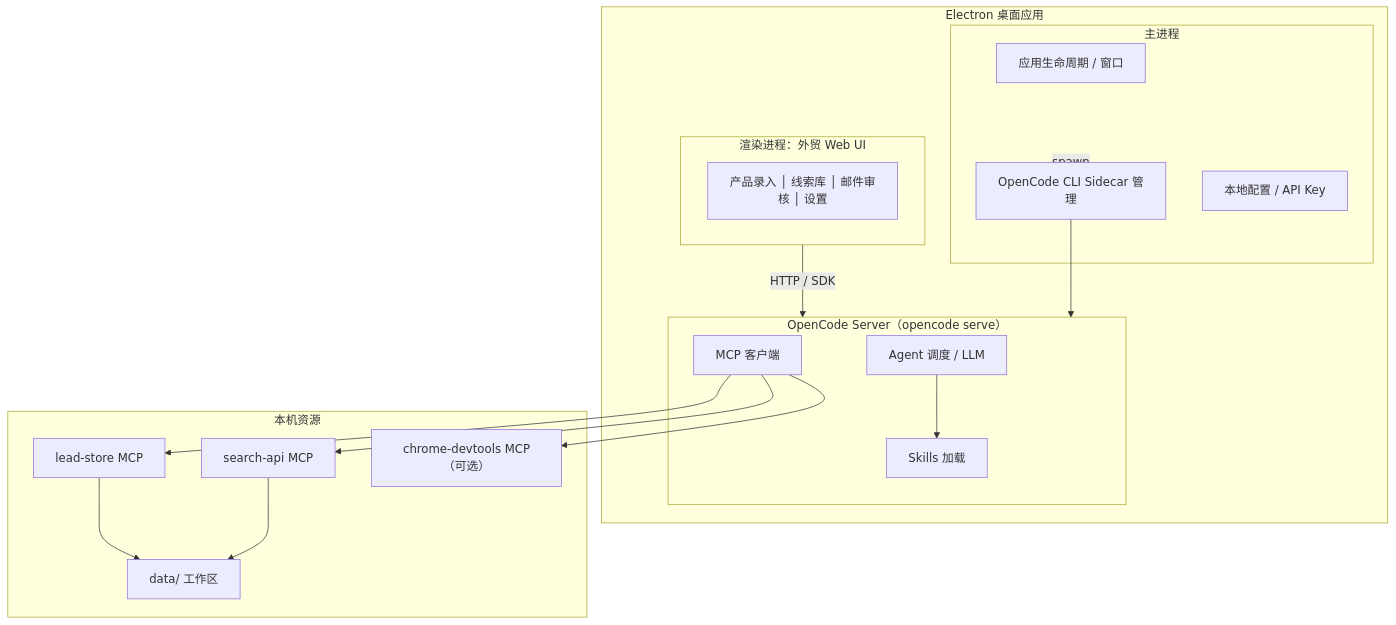
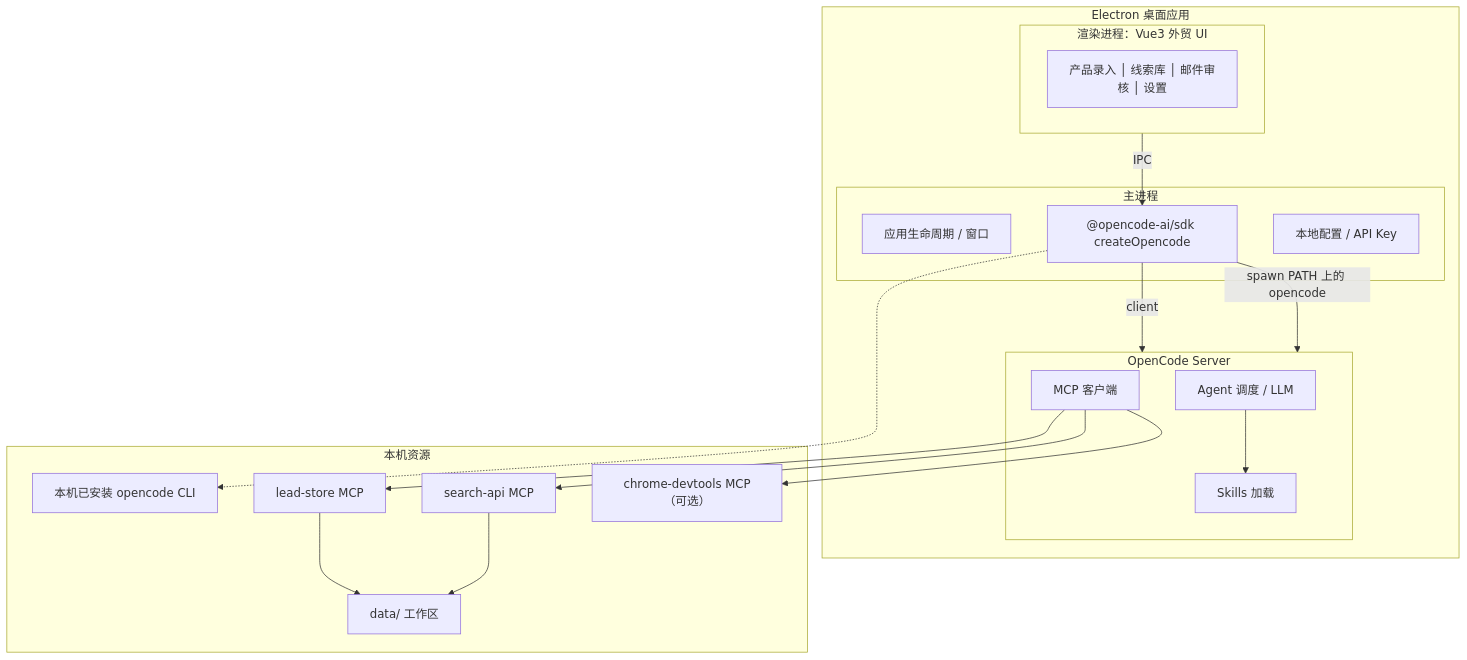
The diagram in docs/08-产品架构决策-Electron-OpenCode.md (Pedro-MAFS/ftcs), drawn with Mermaid before and after one commit. The commit also changed other lines of this file and 38 other files, not shown here.

First line of the commit message:
Phase 2.0：Electron + Vue3 + OpenCode SDK 集成

````diff
--- a/docs/08-产品架构决策-Electron-OpenCode.md
+++ b/docs/08-产品架构决策-Electron-OpenCode.md
@@ -33,36 +44,38 @@
 ```mermaid
 flowchart TB
     subgraph ElectronApp["Electron 桌面应用"]
-        subgraph Renderer["渲染进程：外贸 Web UI"]
+        subgraph Renderer["渲染进程：Vue3 外贸 UI"]
             Pages["产品录入 │ 线索库 │ 邮件审核 │ 设置"]
         end
         subgraph Main["主进程"]
             Lifecycle["应用生命周期 / 窗口"]
-            Sidecar["OpenCode CLI Sidecar 管理"]
+            SDK["@opencode-ai/sdk createOpencode"]
             Config["本地配置 / API Key"]
         end
-        Renderer -->|HTTP / SDK| OCServer
-        Main -->|spawn| Sidecar
-        Sidecar --> OCServer
+        Renderer -->|IPC| SDK
+        SDK -->|client| OCServer
+        SDK -->|spawn PATH 上的 opencode| OCServer
     end
 
-    subgraph OCServer["OpenCode Server（opencode serve）"]
+    subgraph OCServer["OpenCode Server"]
         Agent["Agent 调度 / LLM"]
         MCP["MCP 客户端"]
         Skills["Skills 加载"]
     end
 
     subgraph Local["本机资源"]
+        CLI["本机已安装 opencode CLI"]
         LS["lead-store MCP"]
         SA["search-api MCP"]
         CD["chrome-devtools MCP（可选）"]
         Data["data/ 工作区"]
     end
 
+    SDK -.-> CLI
     MCP --> LS
     MCP --> SA
     MCP --> CD
     LS --> Data
     SA --> Data
     Agent --> Skills
 ```
````
